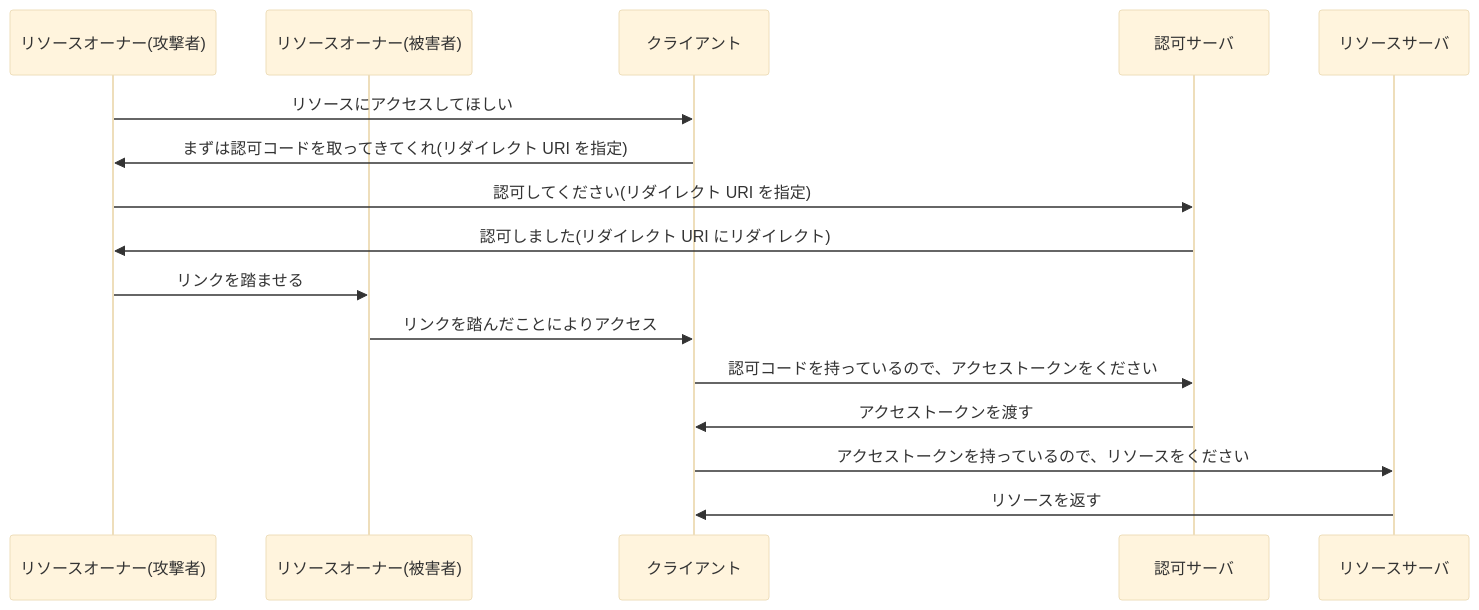
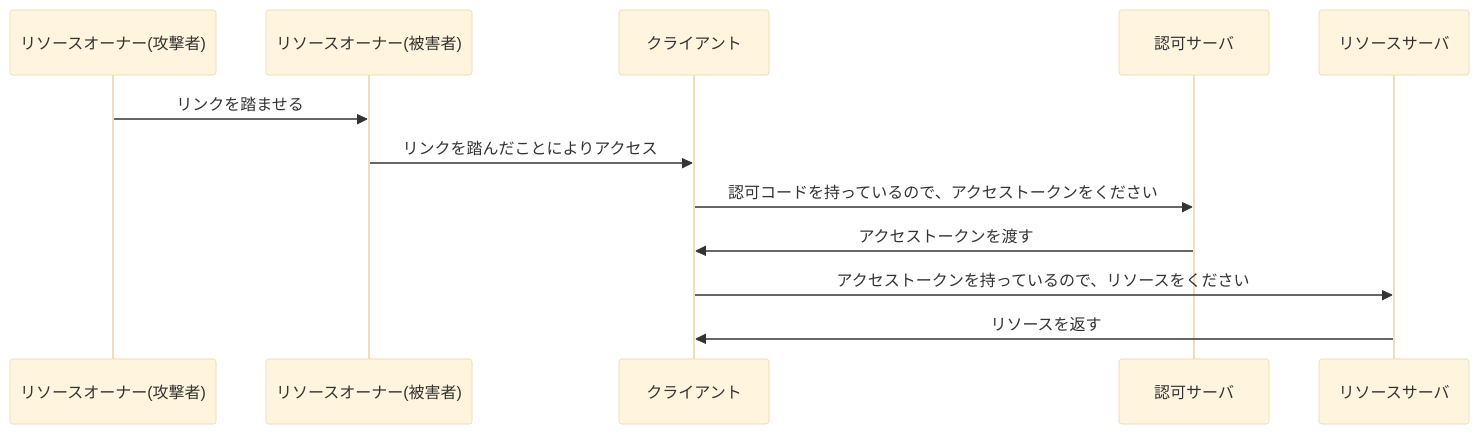
Before and after one commit to calloc134/zenn-dir: the sixth of 9 diagrams in articles/5e8da6c491e720.md, drawn with Mermaid (base theme). The commit also changed other lines of this file, not shown here.

Commit message:
図を見やすく分離+追記

````diff
--- a/articles/5e8da6c491e720.md
+++ b/articles/5e8da6c491e720.md
@@ -814,19 +828,15 @@
 ```mermaid
-sequenceDiagram
-    participant リソースオーナー(攻撃者)
-    participant リソースオーナー(被害者)
-    participant クライアント
-    participant 認可サーバ
-    participant リソースサーバ
+  sequenceDiagram
+  participant リソースオーナー(攻撃者)
+  participant リソースオーナー(被害者)
+  participant クライアント
+  participant 認可サーバ
+  participant リソースサーバ
 
-    リソースオーナー(攻撃者)->>クライアント: リソースにアクセスしてほしい
-    クライアント->>リソースオーナー(攻撃者): まずは認可コードを取ってきてくれ(リダイレクト URI を指定)
-    リソースオーナー(攻撃者)->>認可サーバ: 認可してください(リダイレクト URI を指定)
-    認可サーバ->>リソースオーナー(攻撃者): 認可しました(リダイレクト URI にリダイレクト)
-    リソースオーナー(攻撃者)->>リソースオーナー(被害者): リンクを踏ませる
-    リソースオーナー(被害者)->>クライアント: リンクを踏んだことによりアクセス
-    クライアント->>認可サーバ: 認可コードを持っているので、アクセストークンをください
-    認可サーバ->>クライアント: アクセストークンを渡す
-    クライアント->>リソースサーバ: アクセストークンを持っているので、リソースをください
-    リソースサーバ->>クライアント: リソースを返す
+  リソースオーナー(攻撃者)->>リソースオーナー(被害者): リンクを踏ませる
+  リソースオーナー(被害者)->>クライアント: リンクを踏んだことによりアクセス
+  クライアント->>認可サーバ: 認可コードを持っているので、アクセストークンをください
+  認可サーバ->>クライアント: アクセストークンを渡す
+  クライアント->>リソースサーバ: アクセストークンを持っているので、リソースをください
+  リソースサーバ->>クライアント: リソースを返す
 ```
````
